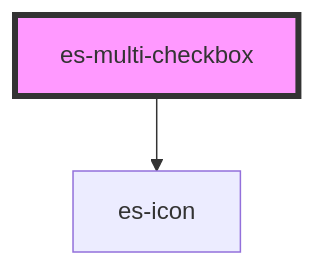
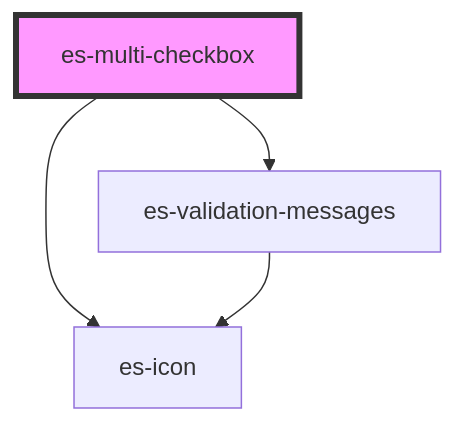
The diagram in packages/fields/src/components/es-multi-checkbox/readme.md (EventStore/Design-System), drawn with Mermaid before and after one commit. The commit also changed other lines of this file and 8 other files, not shown here.

````diff
--- a/packages/fields/src/components/es-multi-checkbox/readme.md
+++ b/packages/fields/src/components/es-multi-checkbox/readme.md
@@ -86,5 +89,7 @@
 ```mermaid
 graph TD;
   es-multi-checkbox --> es-icon
+  es-multi-checkbox --> es-validation-messages
+  es-validation-messages --> es-icon
   style es-multi-checkbox fill:#f9f,stroke:#333,stroke-width:4px
 ```
````
